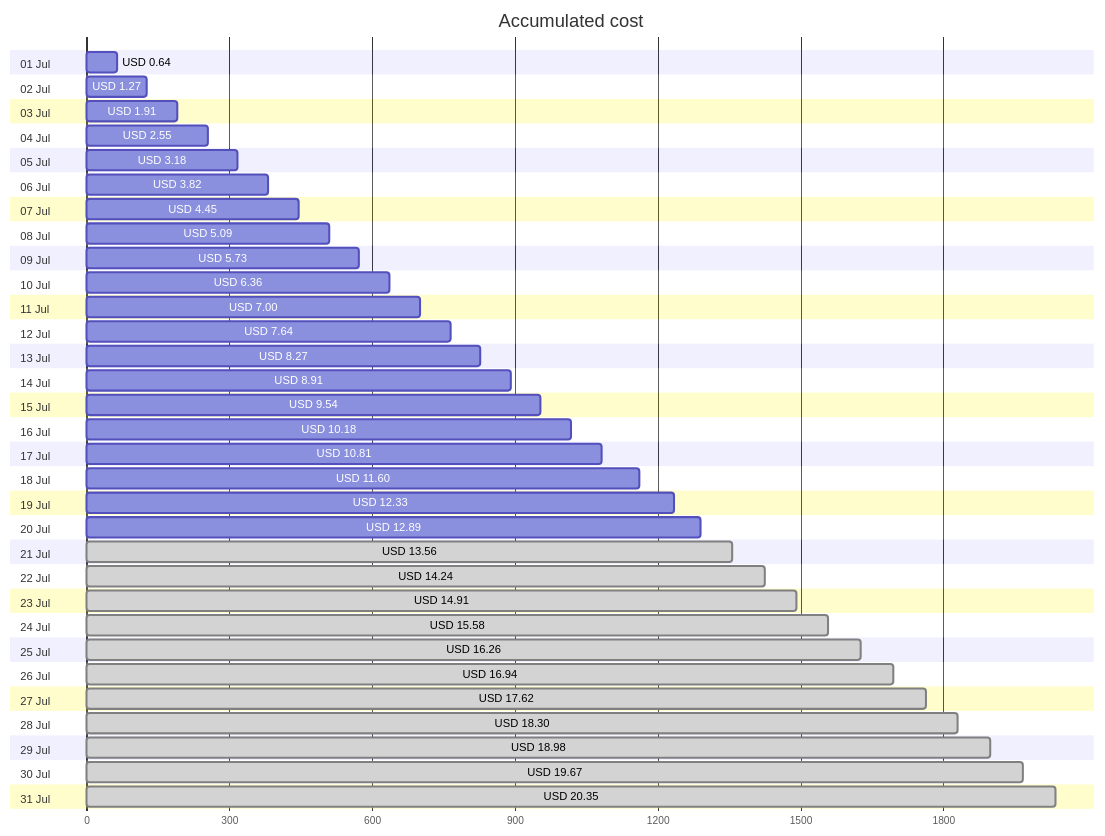
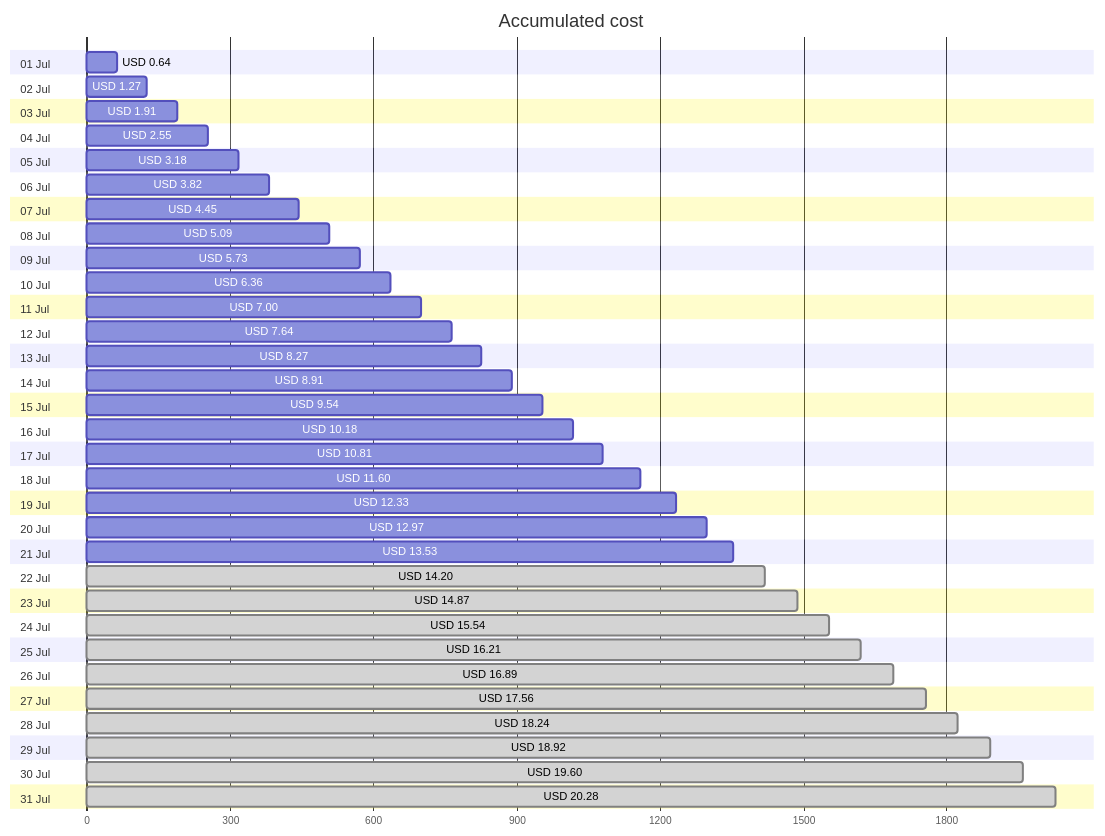
Before and after one commit to jpfulton/azure-personal-reports: the first of 4 diagrams in cost-reports/accumulated-cost.md, drawn with Mermaid. The commit also changed other lines of this file and 4 other files, not shown here.

````diff
--- a/cost-reports/accumulated-cost.md
+++ b/cost-reports/accumulated-cost.md
@@ -20,68 +20,68 @@
 ```mermaid
 gantt
    title Accumulated cost
    dateFormat  X
    axisFormat %s
    section 01 Jul
    USD 0.64 :0, 64
    section 02 Jul
    USD 1.27 :0, 127
    section 03 Jul
    USD 1.91 :0, 191
    section 04 Jul
    USD 2.55 :0, 255
    section 05 Jul
    USD 3.18 :0, 318
    section 06 Jul
    USD 3.82 :0, 382
    section 07 Jul
    USD 4.45 :0, 445
    section 08 Jul
    USD 5.09 :0, 509
    section 09 Jul
    USD 5.73 :0, 573
    section 10 Jul
    USD 6.36 :0, 636
    section 11 Jul
    USD 7.00 :0, 700
    section 12 Jul
    USD 7.64 :0, 764
    section 13 Jul
    USD 8.27 :0, 827
    section 14 Jul
    USD 8.91 :0, 891
    section 15 Jul
    USD 9.54 :0, 954
    section 16 Jul
    USD 10.18 :0, 1018
    section 17 Jul
    USD 10.81 :0, 1081
    section 18 Jul
    USD 11.60 :0, 1160
    section 19 Jul
    USD 12.33 :0, 1233
    section 20 Jul
-   USD 12.89 :0, 1289
+   USD 12.97 :0, 1297
    section 21 Jul
-   USD 13.56 : done, 0, 1356
+   USD 13.53 :0, 1353
    section 22 Jul
-   USD 14.24 : done, 0, 1424
+   USD 14.20 : done, 0, 1420
    section 23 Jul
-   USD 14.91 : done, 0, 1491
+   USD 14.87 : done, 0, 1487
    section 24 Jul
-   USD 15.58 : done, 0, 1558
+   USD 15.54 : done, 0, 1554
    section 25 Jul
-   USD 16.26 : done, 0, 1626
+   USD 16.21 : done, 0, 1621
    section 26 Jul
-   USD 16.94 : done, 0, 1694
+   USD 16.89 : done, 0, 1689
    section 27 Jul
-   USD 17.62 : done, 0, 1762
+   USD 17.56 : done, 0, 1756
    section 28 Jul
-   USD 18.30 : done, 0, 1830
+   USD 18.24 : done, 0, 1824
    section 29 Jul
-   USD 18.98 : done, 0, 1898
+   USD 18.92 : done, 0, 1892
    section 30 Jul
-   USD 19.67 : done, 0, 1967
+   USD 19.60 : done, 0, 1960
    section 31 Jul
-   USD 20.35 : done, 0, 2035
+   USD 20.28 : done, 0, 2028
 ```
````
